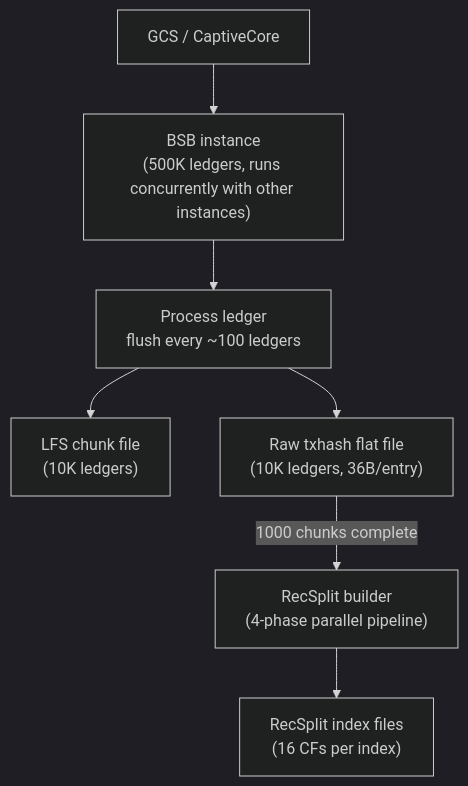
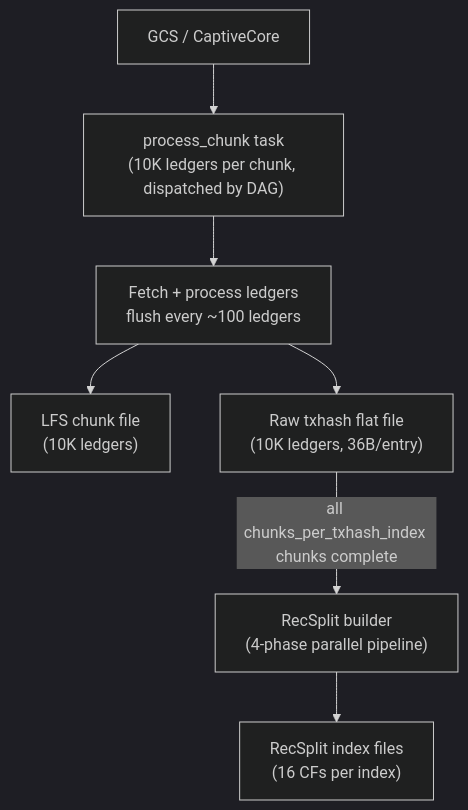
Before and after one commit to stellar/stellar-rpc: the seventh of 12 diagrams in full-history/design-docs/01-architecture-overview.md, drawn with Mermaid (dark theme). The commit also changed other lines of this file and 9 other files, not shown here.

First line of the commit message:
fix: purge stale orchestrator/parallel-workers language from all design docs

````diff
--- a/full-history/design-docs/01-architecture-overview.md
+++ b/full-history/design-docs/01-architecture-overview.md
@@ -192,9 +193,9 @@
 ```mermaid
 flowchart TD
-    A["GCS / CaptiveCore"] --> B["BSB instance<br/>(500K ledgers, runs concurrently with other instances)"]
-    B --> C["Process ledger<br/>flush every ~100 ledgers"]
+    A["GCS / CaptiveCore"] --> B["process_chunk task<br/>(10K ledgers per chunk, dispatched by DAG)"]
+    B --> C["Fetch + process ledgers<br/>flush every ~100 ledgers"]
     C --> D["LFS chunk file<br/>(10K ledgers)"]
     C --> E["Raw txhash flat file<br/>(10K ledgers, 36B/entry)"]
-    E -->|"1000 chunks complete"| F["RecSplit builder<br/>(4-phase parallel pipeline)"]
+    E -->|"all chunks_per_txhash_index chunks complete"| F["RecSplit builder<br/>(4-phase parallel pipeline)"]
     F --> G["RecSplit index files<br/>(16 CFs per index)"]
 ```
````
